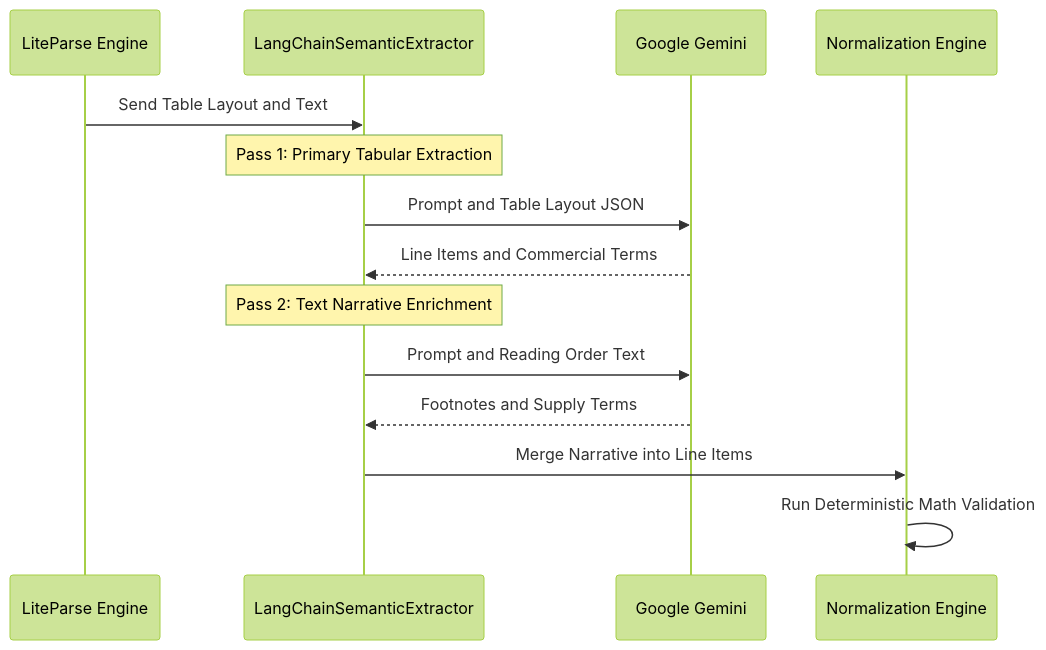
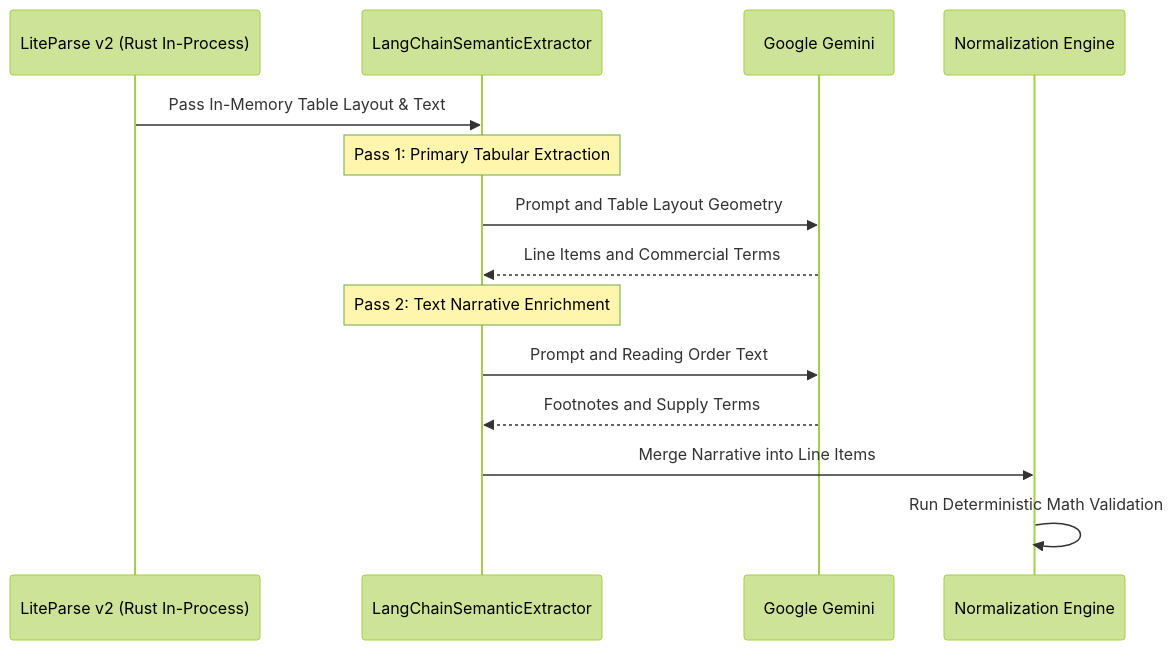
The third of 4 diagrams in docs/system/system-architecture-deep-dive.md (DreKwasi/axmed_document_ingestion), drawn with Mermaid (forest theme) before and after one commit. The commit also changed other lines of this file, not shown here.

Commit message:
updated architecture

````diff
--- a/docs/system/system-architecture-deep-dive.md
+++ b/docs/system/system-architecture-deep-dive.md
@@ -297,19 +298,19 @@
 ```mermaid
 sequenceDiagram
-    participant Parser as LiteParse Engine
+    participant Parser as LiteParse v2 (Rust In-Process)
     participant Extractor as LangChainSemanticExtractor
     participant Gemini as Google Gemini
     participant Norm as Normalization Engine
 
-    Parser->>Extractor: Send Table Layout and Text
+    Parser->>Extractor: Pass In-Memory Table Layout & Text
     Note over Extractor: Pass 1: Primary Tabular Extraction
-    Extractor->>Gemini: Prompt and Table Layout JSON
+    Extractor->>Gemini: Prompt and Table Layout Geometry
     Gemini-->>Extractor: Line Items and Commercial Terms
     
     Note over Extractor: Pass 2: Text Narrative Enrichment
     Extractor->>Gemini: Prompt and Reading Order Text
     Gemini-->>Extractor: Footnotes and Supply Terms
     
     Extractor->>Norm: Merge Narrative into Line Items
     Norm->>Norm: Run Deterministic Math Validation
 ```
````
